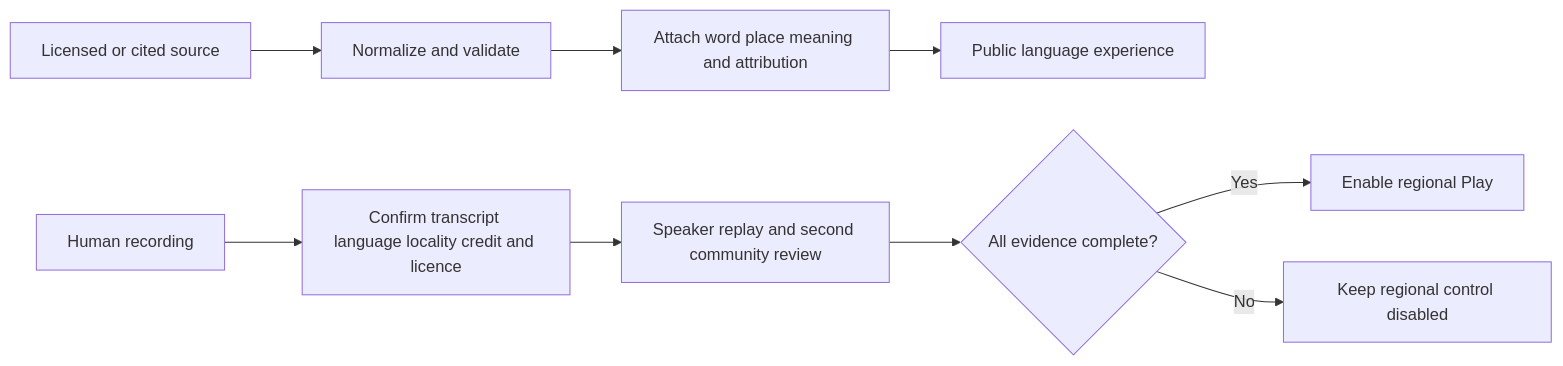
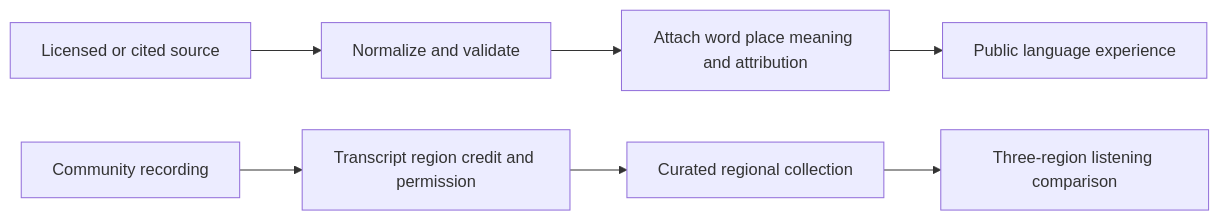
Before and after one commit to DSGAMING98/kannadada-beru: the second of 2 diagrams in docs/ARCHITECTURE.md, drawn with Mermaid. The commit also changed other lines of this file and 16 other files, not shown here.

````diff
--- a/docs/ARCHITECTURE.md
+++ b/docs/ARCHITECTURE.md
@@ -45,12 +45,10 @@
 ```mermaid
 flowchart LR
     Source[Licensed or cited source] --> Validate[Normalize and validate]
     Validate --> Context[Attach word place meaning and attribution]
     Context --> Experience[Public language experience]
 
-    Recording[Human recording] --> Rights[Confirm transcript language locality credit and licence]
-    Rights --> Review[Speaker replay and second community review]
-    Review --> Gate{All evidence complete?}
-    Gate -->|Yes| Player[Enable regional Play]
-    Gate -->|No| Disabled[Keep regional control disabled]
+    Recording[Community recording] --> Rights[Transcript region credit and permission]
+    Rights --> Collection[Curated regional collection]
+    Collection --> Player[Three-region listening comparison]
 ```
````
